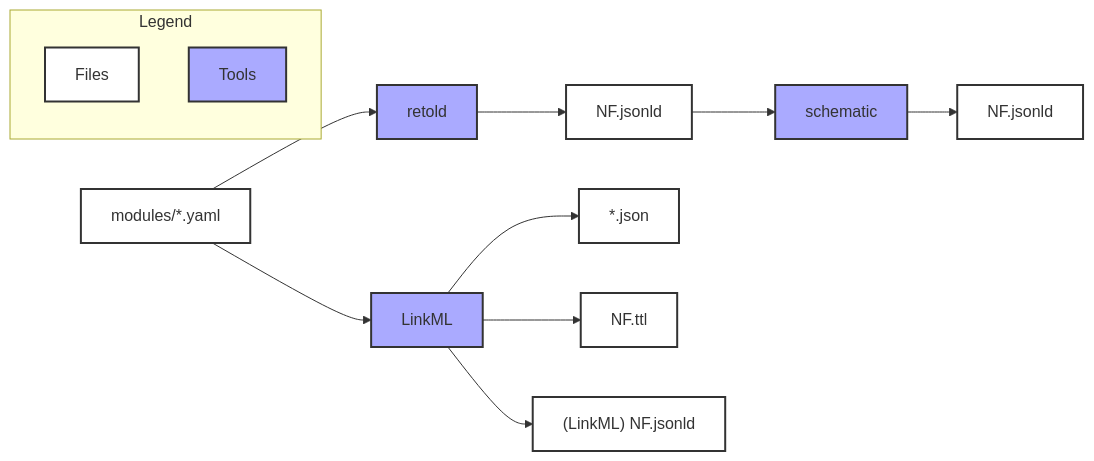
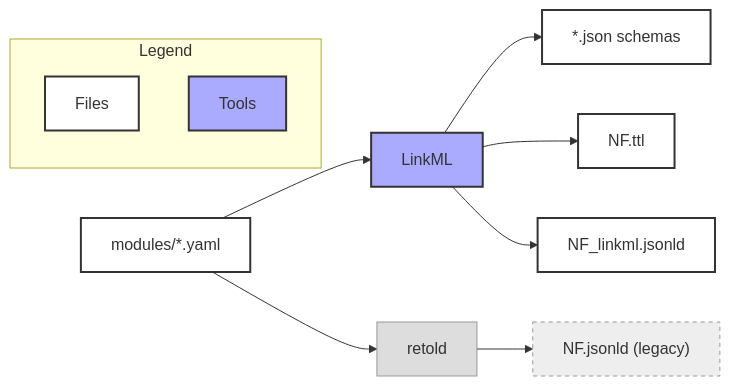
One commit to nf-osi/nf-metadata-dictionary changed the diagram in README.md. Above: the diagram before and after it, drawn with Mermaid. The commit also changed other lines of this file, not shown here.

First line of the commit message:
Reframe README: LinkML/JSON Schema is primary framework, schematic is legacy

````diff
--- a/README.md
+++ b/README.md
@@ -28,31 +28,27 @@
 ```mermaid
 graph LR
-    A[modules/*.yaml] --> B[retold]
-    B --> C[NF.jsonld]
-    C --> D[schematic]
-    D --> E[NF.jsonld]
-    A --> L[LinkML]
-    L --> J[*.json]
+    A[modules/*.yaml] --> L[LinkML]
+    L --> J[*.json schemas]
     L --> T[NF.ttl]
-    L --> LJ["(LinkML) NF.jsonld"]
+    L --> LJ["NF_linkml.jsonld"]
+    A --> B[retold]
+    B --> C["NF.jsonld (legacy)"]
 
-class B,D tools
+class B,L tools
     
     %% Legend
     subgraph Legend
         G[Files]
         H[Tools]
     end
 
 style A fill:white,stroke:#333,stroke-width:2px;
-style C fill:white,stroke:#333,stroke-width:2px;
-style E fill:white,stroke:#333,stroke-width:2px;
+style C fill:#eee,stroke:#999,stroke-width:1px,stroke-dasharray:4;
 style G fill:white,stroke:#333,stroke-width:2px;
 style J fill:white,stroke:#333,stroke-width:2px;
 style T fill:white,stroke:#333,stroke-width:2px;
 style LJ fill:white,stroke:#333,stroke-width:2px;
-style B fill:#aaf,stroke:#333,stroke-width:2px
-style D fill:#aaf,stroke:#333,stroke-width:2px
+style B fill:#ddd,stroke:#999,stroke-width:1px
 style H fill:#aaf,stroke:#333,stroke-width:2px
 style L fill:#aaf,stroke:#333,stroke-width:2px
 ```
````
